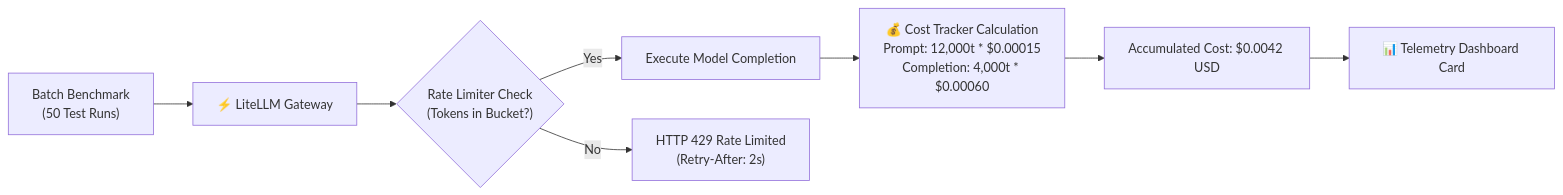
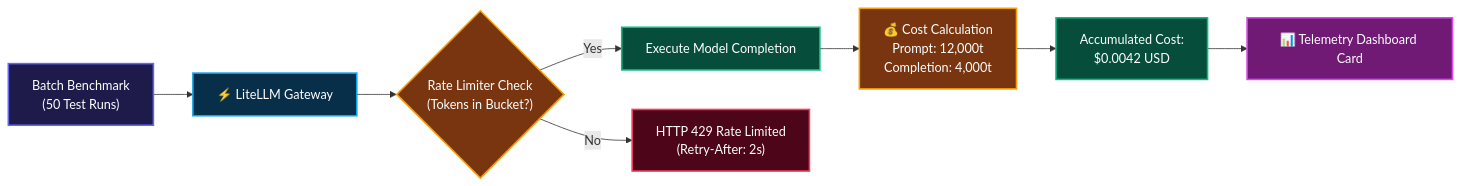
One commit to vdonthireddy/agentic-ai changed the diagram in docs/18_rate_limiting_and_cost_tracking.md. Above: the diagram before and after it, drawn with Mermaid. The commit also changed 10 other files, not shown here.

Commit message:
docs(styling): enrich Mermaid flowcharts with vibrant, glowing classDef colors across all documentation guides

````diff
--- a/docs/18_rate_limiting_and_cost_tracking.md
+++ b/docs/18_rate_limiting_and_cost_tracking.md
@@ -34,12 +34,26 @@
 ```mermaid
 flowchart LR
     Batch["Batch Benchmark\n(50 Test Runs)"] --> Gateway["⚡ LiteLLM Gateway"]
     
     Gateway --> Limiter{"Rate Limiter Check\n(Tokens in Bucket?)"}
     Limiter -->|Yes| Exec["Execute Model Completion"]
     Limiter -->|No| Wait["HTTP 429 Rate Limited\n(Retry-After: 2s)"]
     
-    Exec --> Cost["💰 Cost Tracker Calculation\nPrompt: 12,000t * $0.00015\nCompletion: 4,000t * $0.00060"]
-    Cost --> Stats["Accumulated Cost: $0.0042 USD"]
+    Exec --> Cost["💰 Cost Calculation\nPrompt: 12,000t\nCompletion: 4,000t"]
+    Cost --> Stats["Accumulated Cost:\n$0.0042 USD"]
     Stats --> Telemetry["📊 Telemetry Dashboard Card"]
+
+    classDef cIndigo fill:#1e1b4b,stroke:#6366f1,stroke-width:2px,color:#fff;
+    classDef cCyan fill:#082f49,stroke:#0ea5e9,stroke-width:2px,color:#fff;
+    classDef cAmber fill:#78350f,stroke:#f59e0b,stroke-width:2px,color:#fff;
+    classDef cRose fill:#4c0519,stroke:#f43f5e,stroke-width:2px,color:#fff;
+    classDef cEmerald fill:#064e3b,stroke:#10b981,stroke-width:2px,color:#fff;
+    classDef cFuchsia fill:#701a75,stroke:#d946ef,stroke-width:2px,color:#fff;
+
+    class Batch cIndigo;
+    class Gateway cCyan;
+    class Limiter,Cost cAmber;
+    class Wait cRose;
+    class Exec,Stats cEmerald;
+    class Telemetry cFuchsia;
 ```
````
